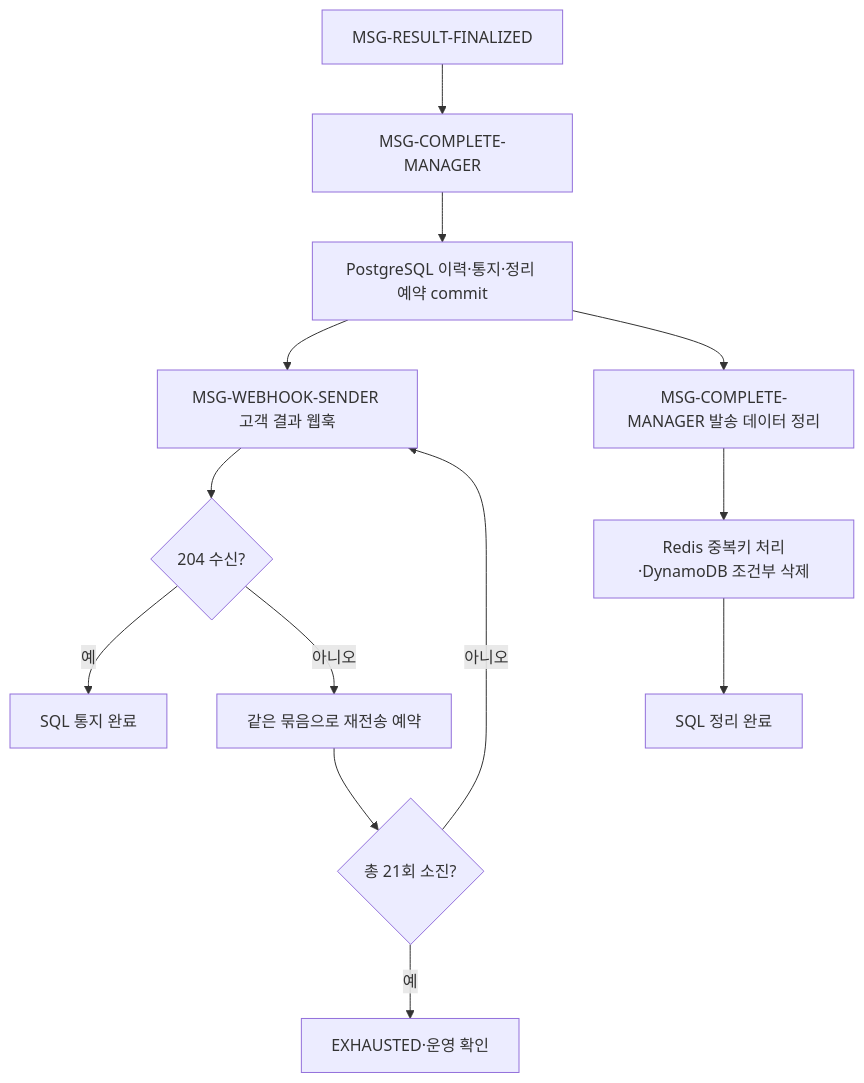
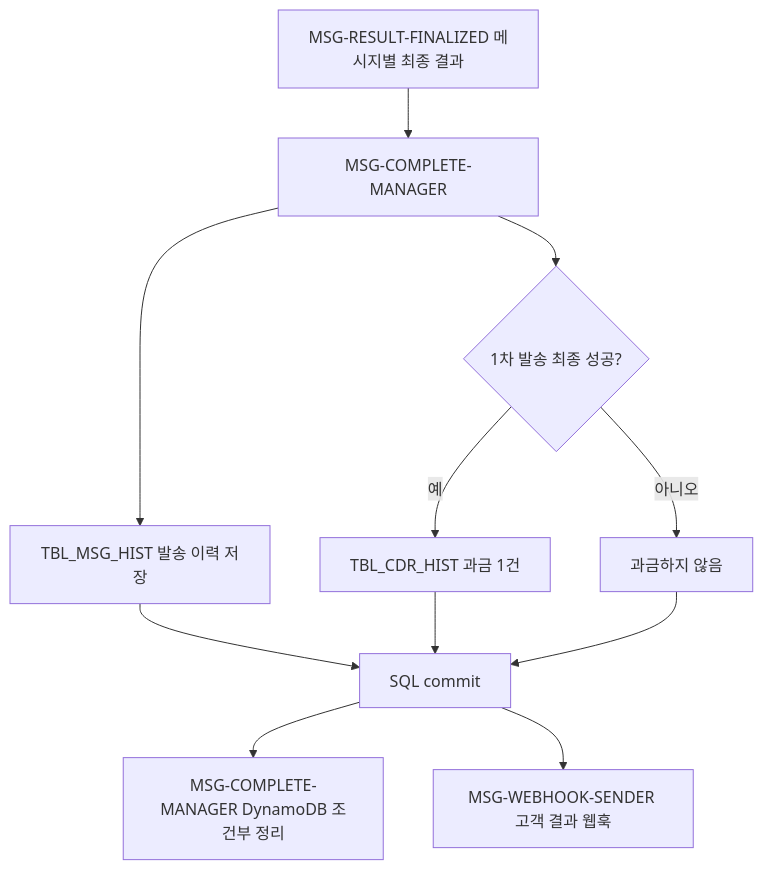
One commit to hyun-seung/High-throughput-event-platform changed the tenth of 10 diagrams in docs/53-신규-메시지-케이스별-Call-Flow.md. Above: the diagram before and after it, drawn with Mermaid. The commit also changed other lines of this file and 1 other file, not shown here.

````diff
--- a/docs/53-신규-메시지-케이스별-Call-Flow.md
+++ b/docs/53-신규-메시지-케이스별-Call-Flow.md
@@ -346,15 +346,13 @@
 ```mermaid
 flowchart TD
-    F[MSG-RESULT-FINALIZED] --> Z[MSG-COMPLETE-MANAGER]
-    Z --> Q[PostgreSQL 이력·통지·정리 예약 commit]
+    F[MSG-RESULT-FINALIZED 메시지별 최종 결과] --> C[MSG-COMPLETE-MANAGER]
+    C --> H[TBL_MSG_HIST 발송 이력 저장]
+    C --> B{1차 발송 최종 성공?}
+    B -->|예| R[TBL_CDR_HIST 과금 1건]
+    B -->|아니오| X[과금하지 않음]
+    H --> Q[SQL commit]
+    R --> Q
+    X --> Q
+    Q --> D[MSG-COMPLETE-MANAGER DynamoDB 조건부 정리]
     Q --> N[MSG-WEBHOOK-SENDER 고객 결과 웹훅]
-    Q --> C[MSG-COMPLETE-MANAGER 발송 데이터 정리]
-    N --> A{204 수신?}
-    A -->|예| D[SQL 통지 완료]
-    A -->|아니오| R[같은 묶음으로 재전송 예약]
-    R --> L{총 21회 소진?}
-    L -->|아니오| N
-    L -->|예| H[EXHAUSTED·운영 확인]
-    C --> X[Redis 중복키 처리·DynamoDB 조건부 삭제]
-    X --> Y[SQL 정리 완료]
 ```
````
